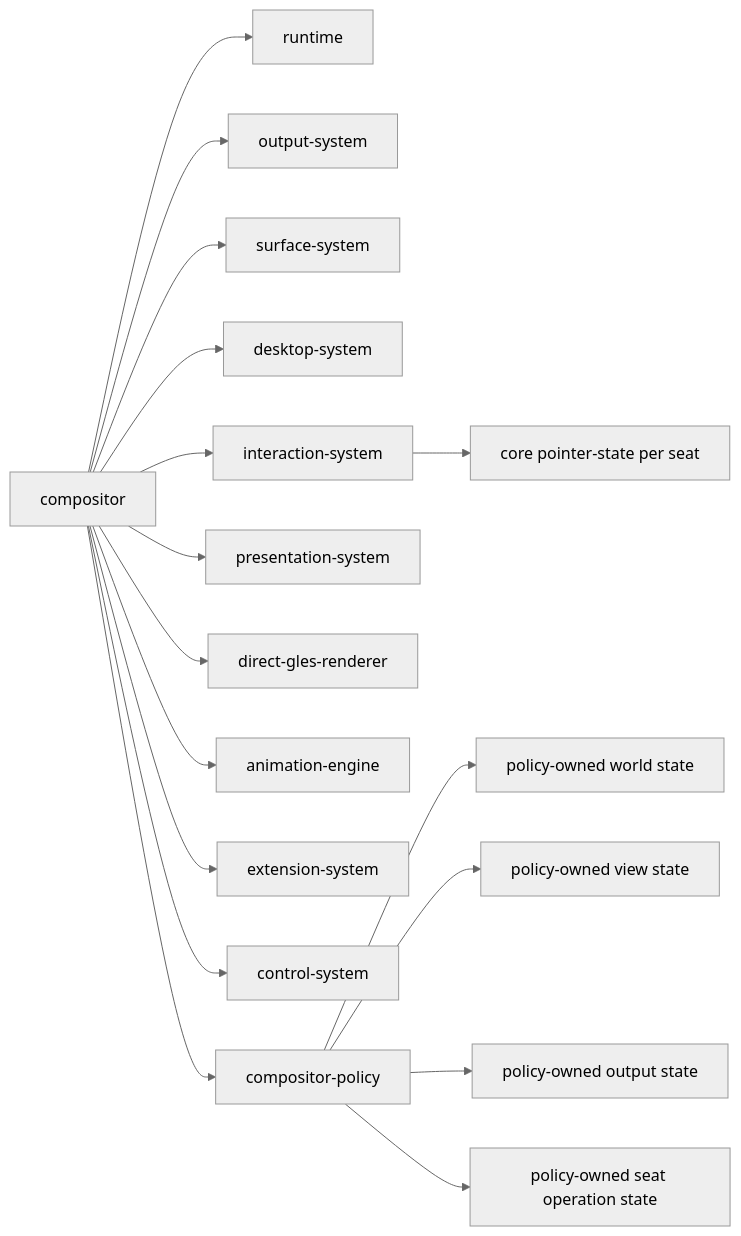
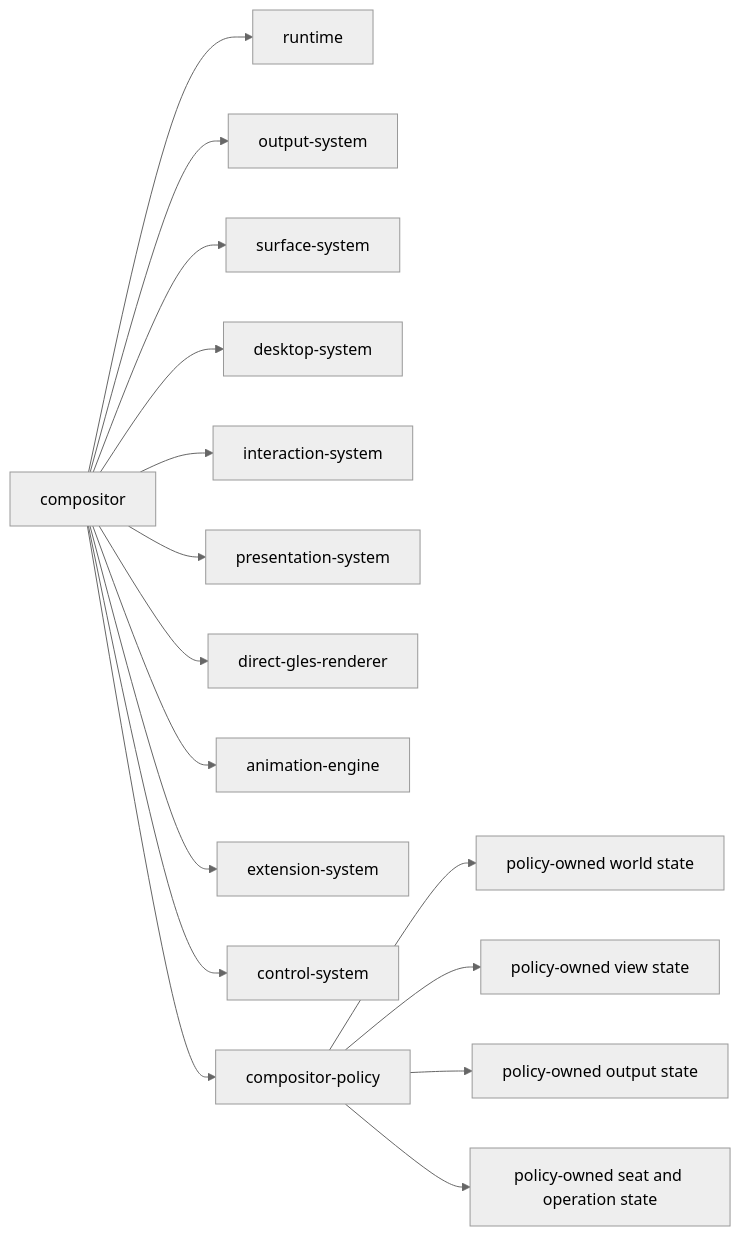
Before and after one commit to SeungheonOh/ataxia: the second of 6 diagrams in docs/COMPOSITOR-POLICY-DESIGN.md, drawn with Mermaid (neutral theme). The commit also changed other lines of this file and 1 other file, not shown here.

Commit message:
docs: align behavior ownership architecture

````diff
--- a/docs/COMPOSITOR-POLICY-DESIGN.md
+++ b/docs/COMPOSITOR-POLICY-DESIGN.md
@@ -115,23 +115,21 @@
 ```mermaid
 flowchart LR
     C[compositor]
 
     C --> R[runtime]
     C --> O[output-system]
     C --> S[surface-system]
     C --> D[desktop-system]
     C --> I[interaction-system]
     C --> P[presentation-system]
     C --> G[direct-gles-renderer]
     C --> A[animation-engine]
     C --> E[extension-system]
     C --> X[control-system]
     C --> CP[compositor-policy]
 
     CP --> WS[policy-owned world state]
     CP --> VS[policy-owned view state]
     CP --> OS[policy-owned output state]
-    CP --> SS[policy-owned seat operation state]
-
-    I --> PS[core pointer-state per seat]
+    CP --> SS[policy-owned seat and operation state]
 ```
````
